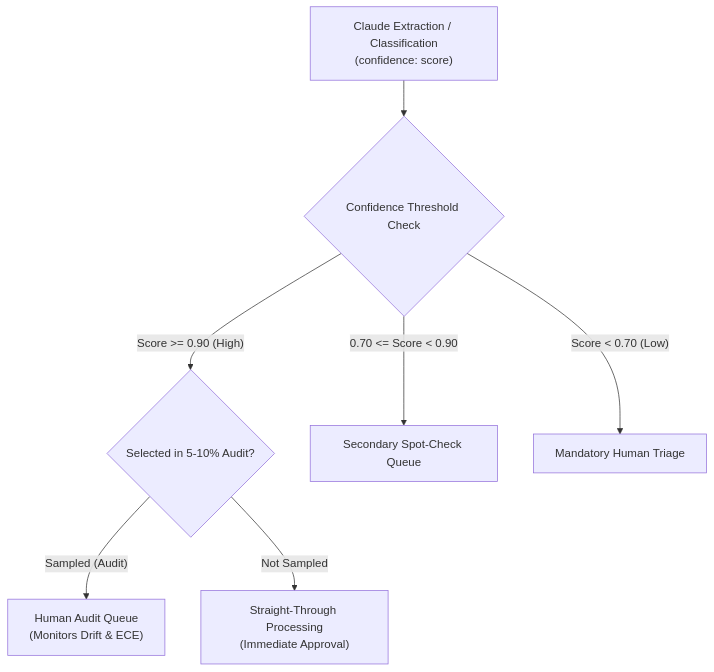
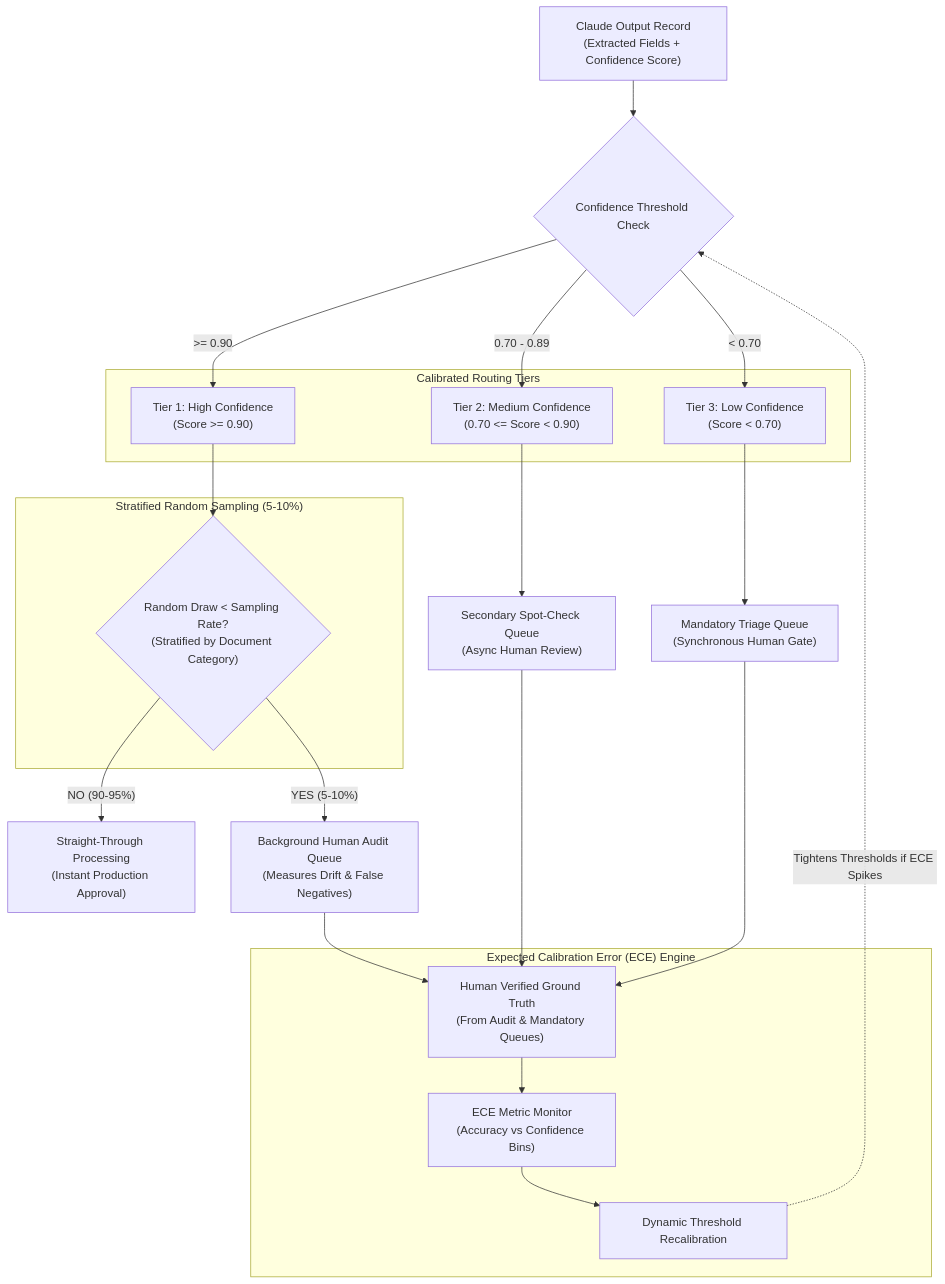
The diagram in domain5/ts_5_5_human_review_calibration/README.md (dip4k/claude_cert_architect_foundation_prep), drawn with Mermaid before and after one commit. The commit also changed other lines of this file and 59 other files, not shown here.

````diff
--- a/domain5/ts_5_5_human_review_calibration/README.md
+++ b/domain5/ts_5_5_human_review_calibration/README.md
@@ -10,13 +47,39 @@
 ```mermaid
 flowchart TD
-    Pred["Claude Extraction / Classification<br>(confidence: score)"] --> Router{"Confidence Threshold Check"}
+    ExtractedDoc["Claude Output Record<br>(Extracted Fields + Confidence Score)"] --> Router{"Confidence Threshold Check"}
     
-    Router -->|"Score >= 0.90 (High)"| SamplingCheck{"Selected in 5-10% Audit?"}
+    subgraph Tiers["Calibrated Routing Tiers"]
+        TierHigh["Tier 1: High Confidence<br>(Score >= 0.90)"]
+        TierMed["Tier 2: Medium Confidence<br>(0.70 <= Score < 0.90)"]
+        TierLow["Tier 3: Low Confidence<br>(Score < 0.70)"]
+    end
     
-    SamplingCheck -->|"Sampled (Audit)"| HumanAudit["Human Audit Queue<br>(Monitors Drift & ECE)"]
-    SamplingCheck -->|"Not Sampled"| AutoApprove["Straight-Through Processing<br>(Immediate Approval)"]
+    Router -->|">= 0.90"| TierHigh
+    Router -->|"0.70 - 0.89"| TierMed
+    Router -->|"< 0.70"| TierLow
     
-    Router -->|"0.70 <= Score < 0.90"| AsyncReview["Secondary Spot-Check Queue"]
+    subgraph StratifiedAudit["Stratified Random Sampling (5-10%)"]
+        SampleCheck{"Random Draw < Sampling Rate?<br>(Stratified by Document Category)"}
+    end
     
-    Router -->|"Score < 0.70 (Low)"| SyncEscalation["Mandatory Human Triage"]
+    TierHigh --> SampleCheck
+    SampleCheck -- "NO (90-95%)" --> STP["Straight-Through Processing<br>(Instant Production Approval)"]
+    SampleCheck -- "YES (5-10%)" --> AuditQueue["Background Human Audit Queue<br>(Measures Drift & False Negatives)"]
+    
+    TierMed --> SpotCheckQueue["Secondary Spot-Check Queue<br>(Async Human Review)"]
+    TierLow --> MandatoryQueue["Mandatory Triage Queue<br>(Synchronous Human Gate)"]
+    
+    subgraph CalibrationEngine["Expected Calibration Error (ECE) Engine"]
+        GroundTruth["Human Verified Ground Truth<br>(From Audit & Mandatory Queues)"]
+        ECEMonitor["ECE Metric Monitor<br>(Accuracy vs Confidence Bins)"]
+        ThresholdAdjuster["Dynamic Threshold Recalibration"]
+    end
+    
+    AuditQueue --> GroundTruth
+    SpotCheckQueue --> GroundTruth
+    MandatoryQueue --> GroundTruth
+    
+    GroundTruth --> ECEMonitor
+    ECEMonitor --> ThresholdAdjuster
+    ThresholdAdjuster -.->|"Tightens Thresholds if ECE Spikes"| Router
 ```
````
